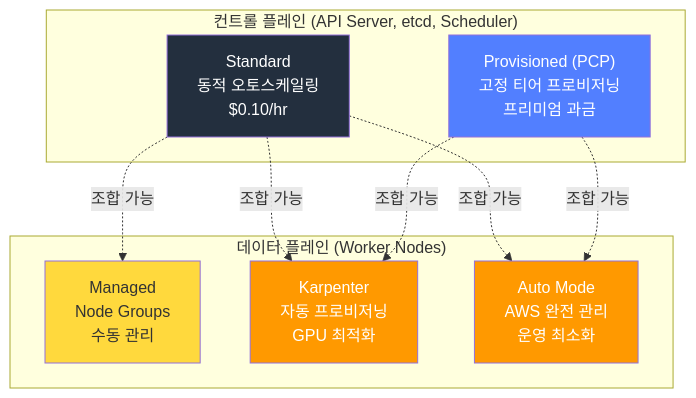
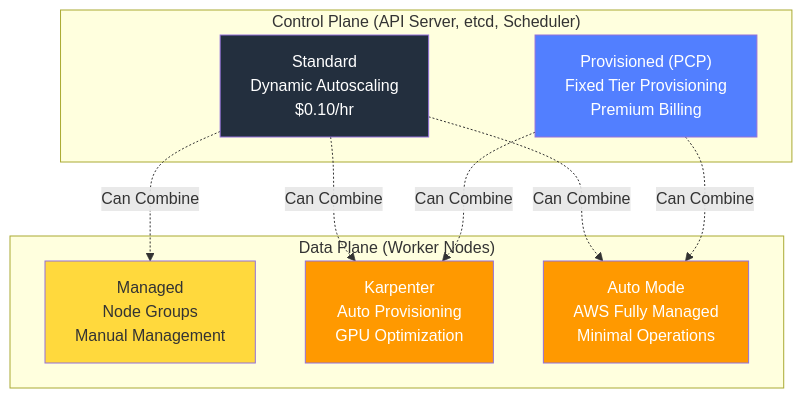
Before and after one commit to devfloor9/engineering-playbook: the first of 9 diagrams in docs/agentic-ai-platform/design-architecture/platform-selection/agentic-ai-solutions-eks.md, drawn with Mermaid. The commit also changed other lines of this file and 954 other files, not shown here.

````diff
--- a/docs/agentic-ai-platform/design-architecture/platform-selection/agentic-ai-solutions-eks.md
+++ b/docs/agentic-ai-platform/design-architecture/platform-selection/agentic-ai-solutions-eks.md
@@ -74,25 +74,25 @@
 ```mermaid
 flowchart TD
-    subgraph ControlPlane["컨트롤 플레인 (API Server, etcd, Scheduler)"]
-        CP_STD["Standard<br/>동적 오토스케일링<br/>$0.10/hr"]
-        CP_PCP["Provisioned (PCP)<br/>고정 티어 프로비저닝<br/>프리미엄 과금"]
+    subgraph ControlPlane["Control Plane (API Server, etcd, Scheduler)"]
+        CP_STD["Standard<br/>Dynamic Autoscaling<br/>$0.10/hr"]
+        CP_PCP["Provisioned (PCP)<br/>Fixed Tier Provisioning<br/>Premium Billing"]
     end
 
-    subgraph DataPlane["데이터 플레인 (Worker Nodes)"]
-        DP_MNG["Managed<br/>Node Groups<br/>수동 관리"]
-        DP_KARP["Karpenter<br/>자동 프로비저닝<br/>GPU 최적화"]
-        DP_AUTO["Auto Mode<br/>AWS 완전 관리<br/>운영 최소화"]
+    subgraph DataPlane["Data Plane (Worker Nodes)"]
+        DP_MNG["Managed<br/>Node Groups<br/>Manual Management"]
+        DP_KARP["Karpenter<br/>Auto Provisioning<br/>GPU Optimization"]
+        DP_AUTO["Auto Mode<br/>AWS Fully Managed<br/>Minimal Operations"]
     end
 
-    CP_STD -.->|조합 가능| DP_MNG
-    CP_STD -.->|조합 가능| DP_KARP
-    CP_STD -.->|조합 가능| DP_AUTO
-    CP_PCP -.->|조합 가능| DP_KARP
-    CP_PCP -.->|조합 가능| DP_AUTO
+    CP_STD -.->|Can Combine| DP_MNG
+    CP_STD -.->|Can Combine| DP_KARP
+    CP_STD -.->|Can Combine| DP_AUTO
+    CP_PCP -.->|Can Combine| DP_KARP
+    CP_PCP -.->|Can Combine| DP_AUTO
 
     style CP_STD fill:#232f3e,color:#fff
     style CP_PCP fill:#527fff,color:#fff
     style DP_MNG fill:#ffd93d
     style DP_KARP fill:#ff9900,color:#fff
     style DP_AUTO fill:#ff9900,color:#fff
 ```
````
